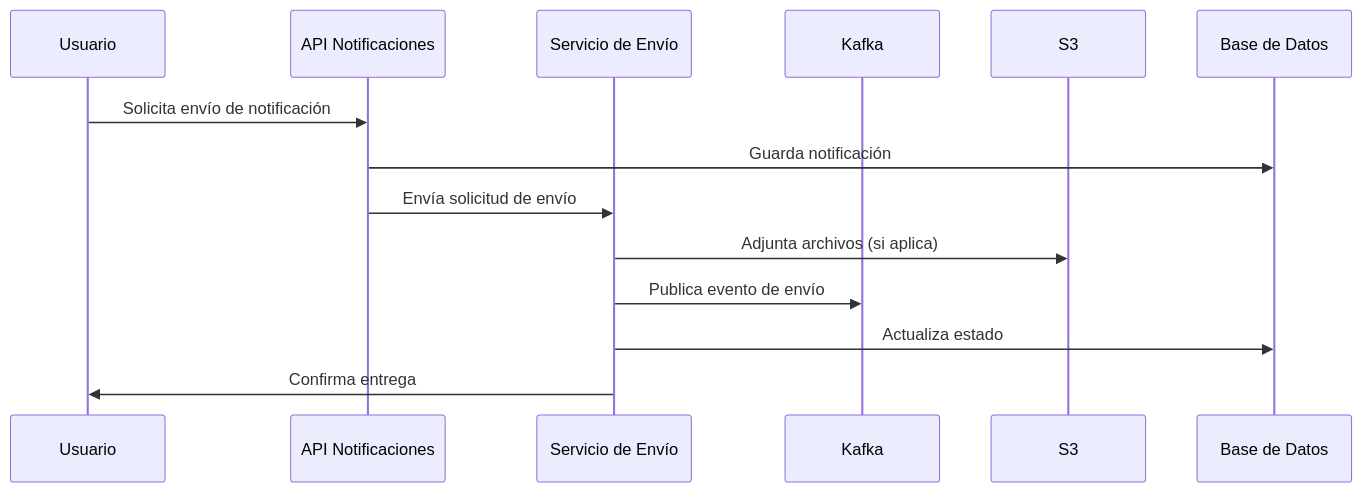
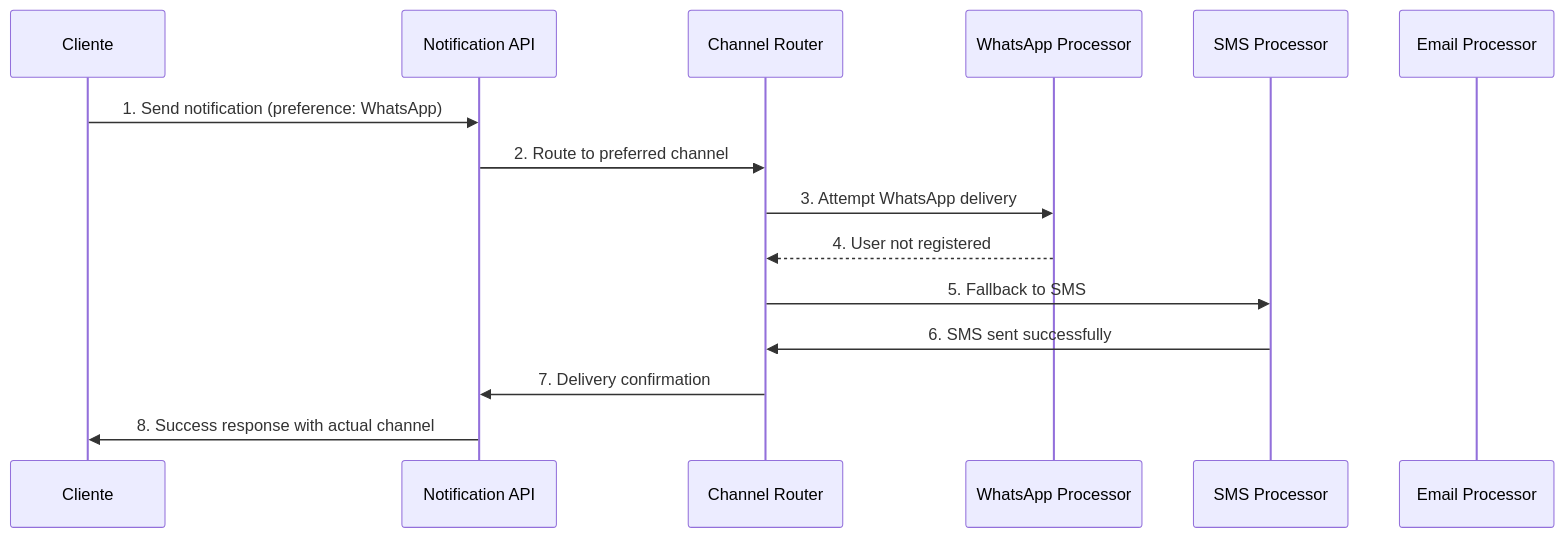
The fourth of 7 diagrams in docs/servicio-notificacion/06-vista-tiempo-ejecucion.md (jclemente-tlm/tlm-arq-servicios-corporativos), drawn with Mermaid before and after one commit. The commit also changed other lines of this file and 124 other files, not shown here.

````diff
--- a/docs/servicio-notificacion/06-vista-tiempo-ejecucion.md
+++ b/docs/servicio-notificacion/06-vista-tiempo-ejecucion.md
@@ -5,16 +117,18 @@
 ```mermaid
 sequenceDiagram
-    participant U as Usuario
-    participant API as API Notificaciones
-    participant S as Servicio de Envío
-    participant K as Kafka
-    participant S3 as S3
-    participant DB as Base de Datos
-    U->>API: Solicita envío de notificación
-    API->>DB: Guarda notificación
-    API->>S: Envía solicitud de envío
-    S->>S3: Adjunta archivos (si aplica)
-    S->>K: Publica evento de envío
-    S->>DB: Actualiza estado
-    S->>U: Confirma entrega
+    participant Client as Cliente
+    participant API as Notification API
+    participant Router as Channel Router
+    participant WhatsApp as WhatsApp Processor
+    participant SMS as SMS Processor
+    participant Email as Email Processor
+
+    Client->>API: 1. Send notification (preference: WhatsApp)
+    API->>Router: 2. Route to preferred channel
+    Router->>WhatsApp: 3. Attempt WhatsApp delivery
+    WhatsApp-->>Router: 4. User not registered
+    Router->>SMS: 5. Fallback to SMS
+    SMS->>Router: 6. SMS sent successfully
+    Router->>API: 7. Delivery confirmation
+    API->>Client: 8. Success response with actual channel
 ```
````
